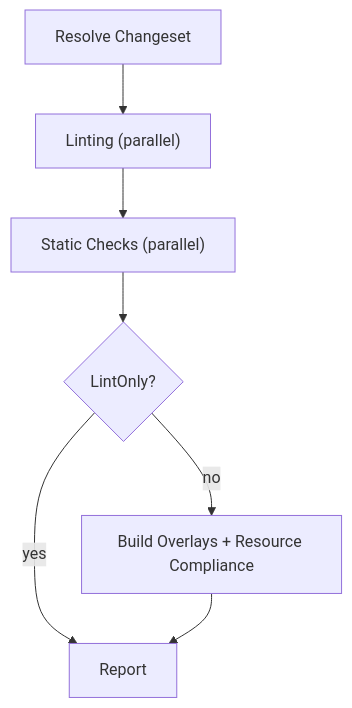
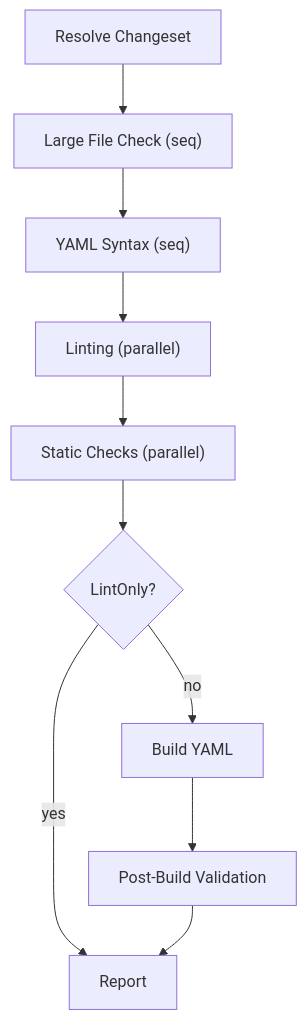
The diagram in docs/CI.md (ArthurVardevanyan/k8s-gitops-ci), drawn with Mermaid before and after one commit. The commit also changed other lines of this file and 19 other files, not shown here.

````diff
--- a/docs/CI.md
+++ b/docs/CI.md
@@ -12,9 +12,12 @@
 ```mermaid
 flowchart TD
-    A[Resolve Changeset] --> B["Linting (parallel)"]
+    A[Resolve Changeset] --> LF["Large File Check (seq)"]
+    LF --> YS["YAML Syntax (seq)"]
+    YS --> B["Linting (parallel)"]
     B --> C["Static Checks (parallel)"]
     C --> D{LintOnly?}
     D -- yes --> H[Report]
-    D -- no --> E["Build Overlays + Resource Compliance"]
-    E --> H[Report]
+    D -- no --> BY["Build YAML"]
+    BY --> PBV["Post-Build Validation"]
+    PBV --> H[Report]
 ```
````
